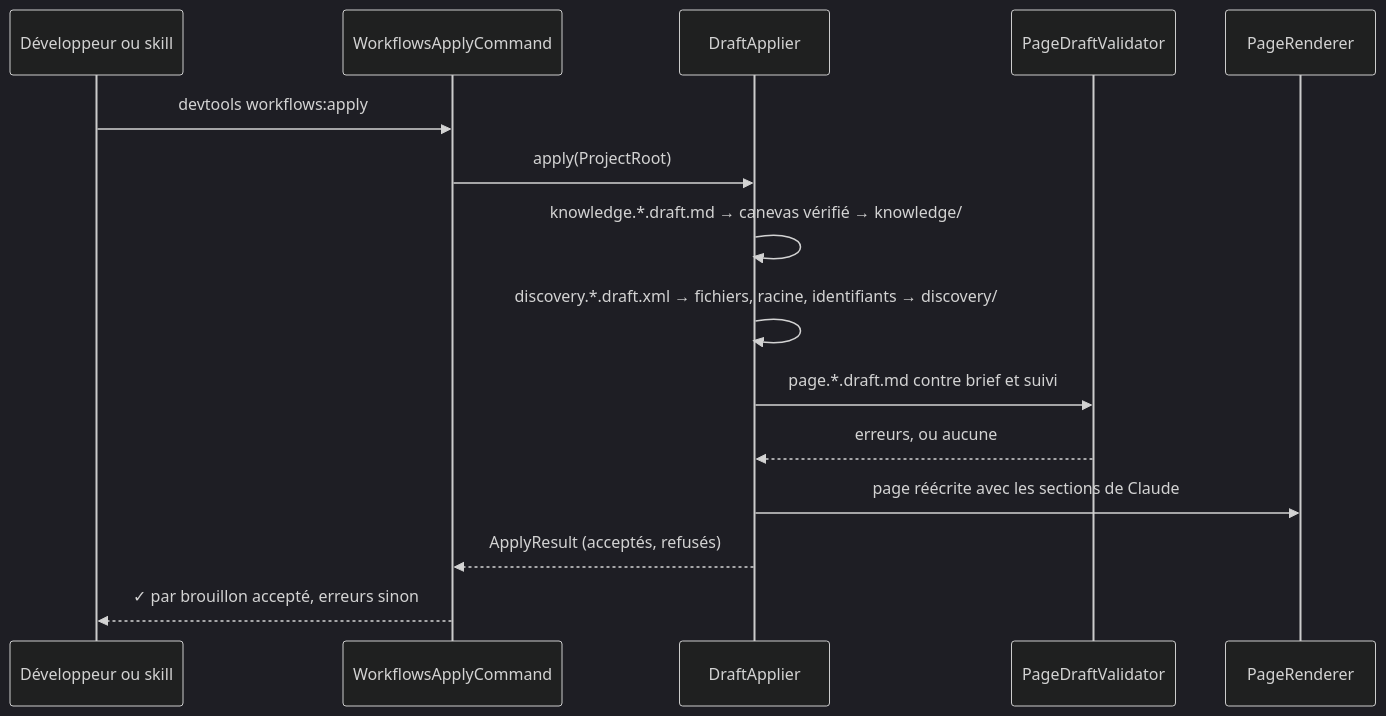
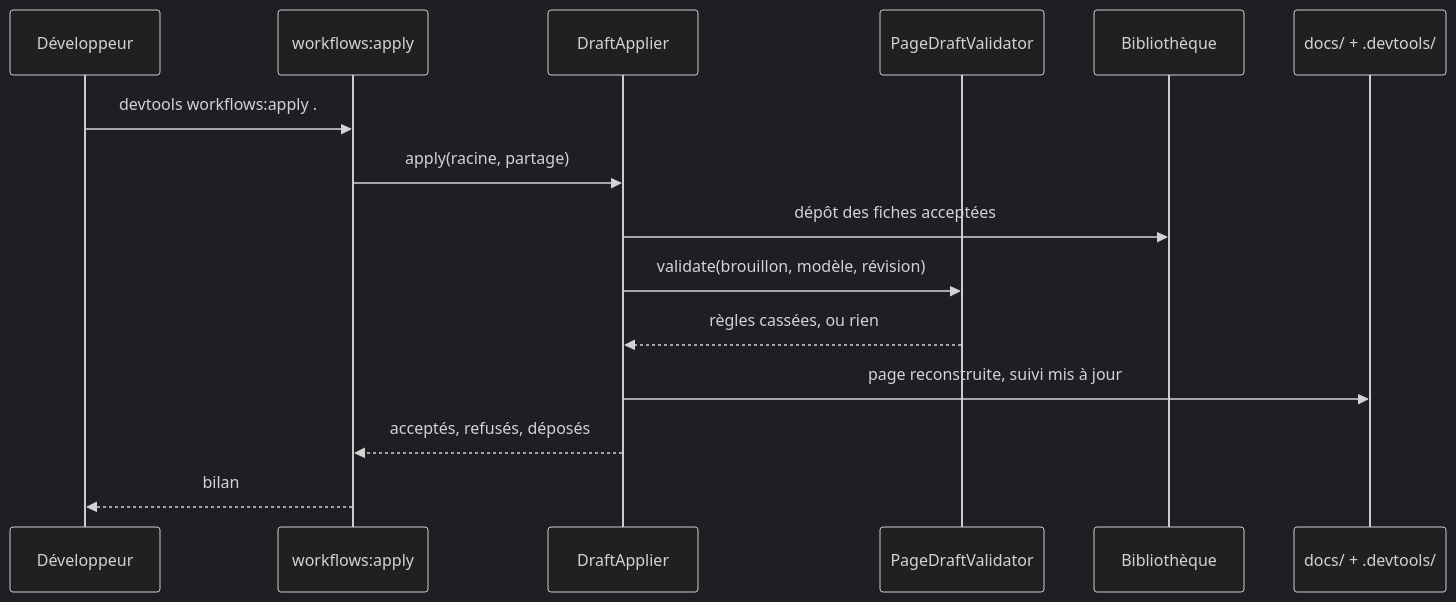
Before and after one commit to jul6art/devtools: the first of 7 diagrams in docs/workflows/commands/workflows.apply.md, drawn with Mermaid (dark theme). The commit also changed other lines of this file and 364 other files, not shown here.

````diff
--- a/docs/workflows/commands/workflows.apply.md
+++ b/docs/workflows/commands/workflows.apply.md
@@ -21,17 +18,17 @@
 ```mermaid
 sequenceDiagram
-  participant U as Développeur ou skill
-  participant C as WorkflowsApplyCommand
+  participant U as Développeur
+  participant C as workflows:apply
   participant A as DraftApplier
   participant V as PageDraftValidator
-  participant R as PageRenderer
-  U->>C: devtools workflows:apply
-  C->>A: apply(ProjectRoot)
-  A->>A: knowledge.*.draft.md → canevas vérifié → knowledge/
-  A->>A: discovery.*.draft.xml → fichiers, racine, identifiants → discovery/
-  A->>V: page.*.draft.md contre brief et suivi
-  V-->>A: erreurs, ou aucune
-  A->>R: page réécrite avec les sections de Claude
-  A-->>C: ApplyResult (acceptés, refusés)
-  C-->>U: ✓ par brouillon accepté, erreurs sinon
+  participant L as Bibliothèque
+  participant D as docs/ + .devtools/
+  U->>C: devtools workflows:apply .
+  C->>A: apply(racine, partage)
+  A->>L: dépôt des fiches acceptées
+  A->>V: validate(brouillon, modèle, révision)
+  V-->>A: règles cassées, ou rien
+  A->>D: page reconstruite, suivi mis à jour
+  A-->>C: acceptés, refusés, déposés
+  C-->>U: bilan
 ```
````
